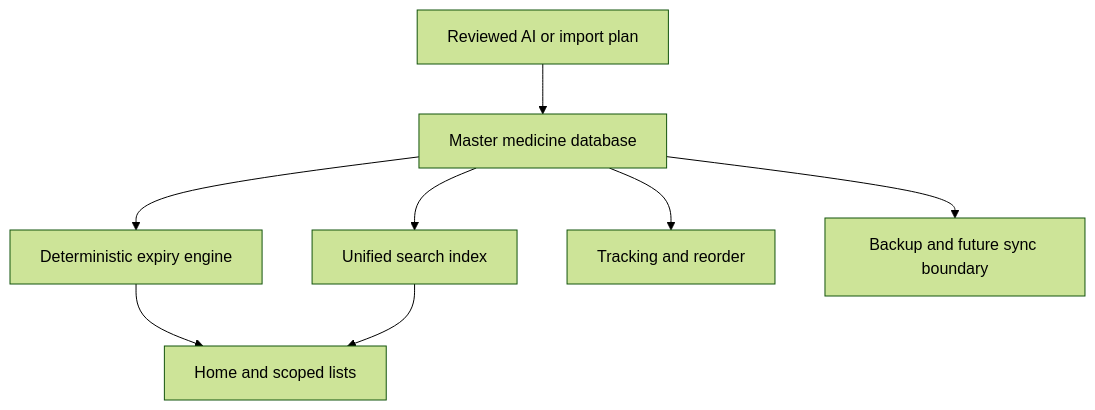
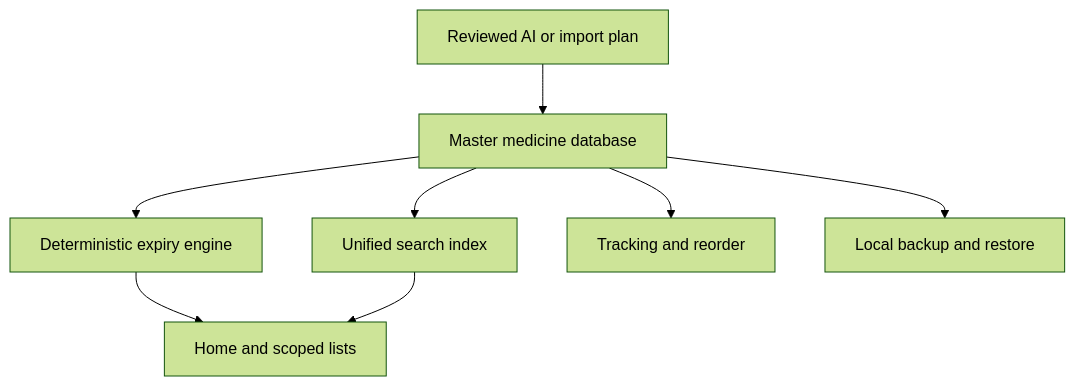
One commit to warishakhan3548-hash/updating-repository changed the diagram in docs/ARCHITECTURE.md. Above: the diagram before and after it, drawn with Mermaid (forest theme). The commit also changed other lines of this file and 6 other files, not shown here.

````diff
--- a/docs/ARCHITECTURE.md
+++ b/docs/ARCHITECTURE.md
@@ -13,10 +13,10 @@
 ```mermaid
 flowchart TD
   D["Master medicine database"] --> X["Deterministic expiry engine"]
   D --> S["Unified search index"]
   D --> T["Tracking and reorder"]
   X --> H["Home and scoped lists"]
   S --> H
   A["Reviewed AI or import plan"] --> D
-  D --> B["Backup and future sync boundary"]
+  D --> B["Local backup and restore"]
 ```
````
